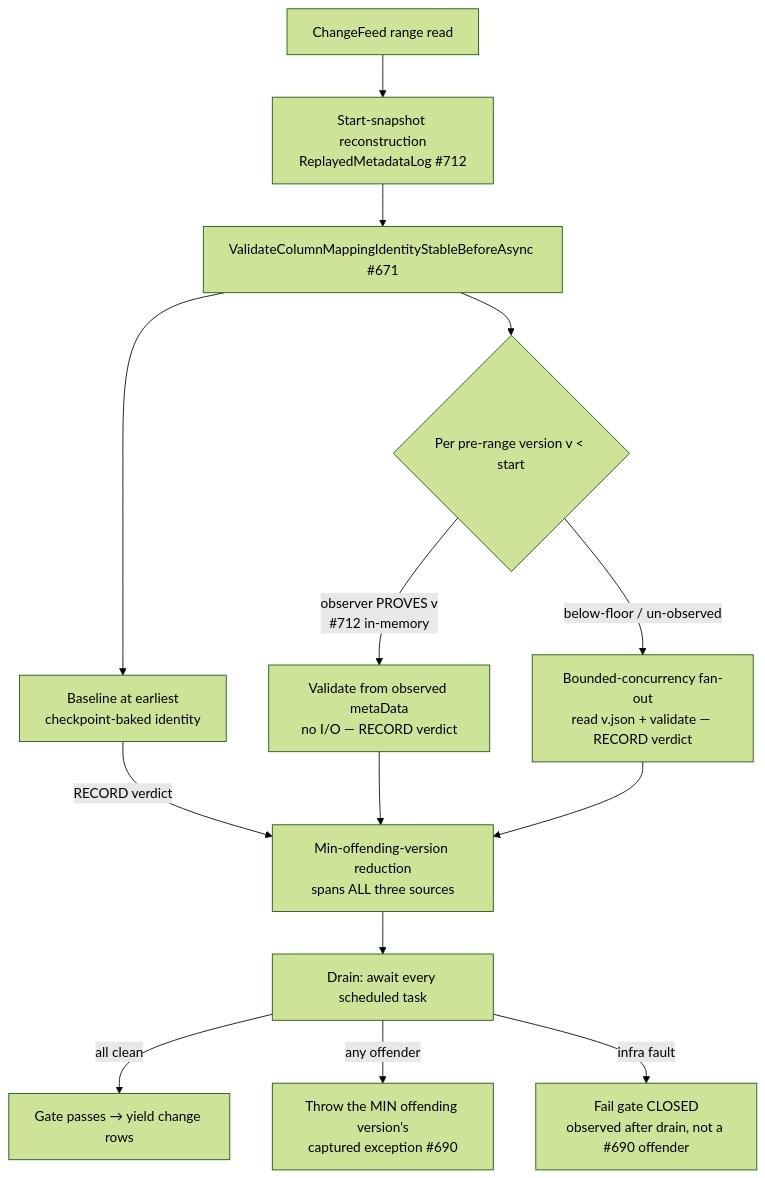
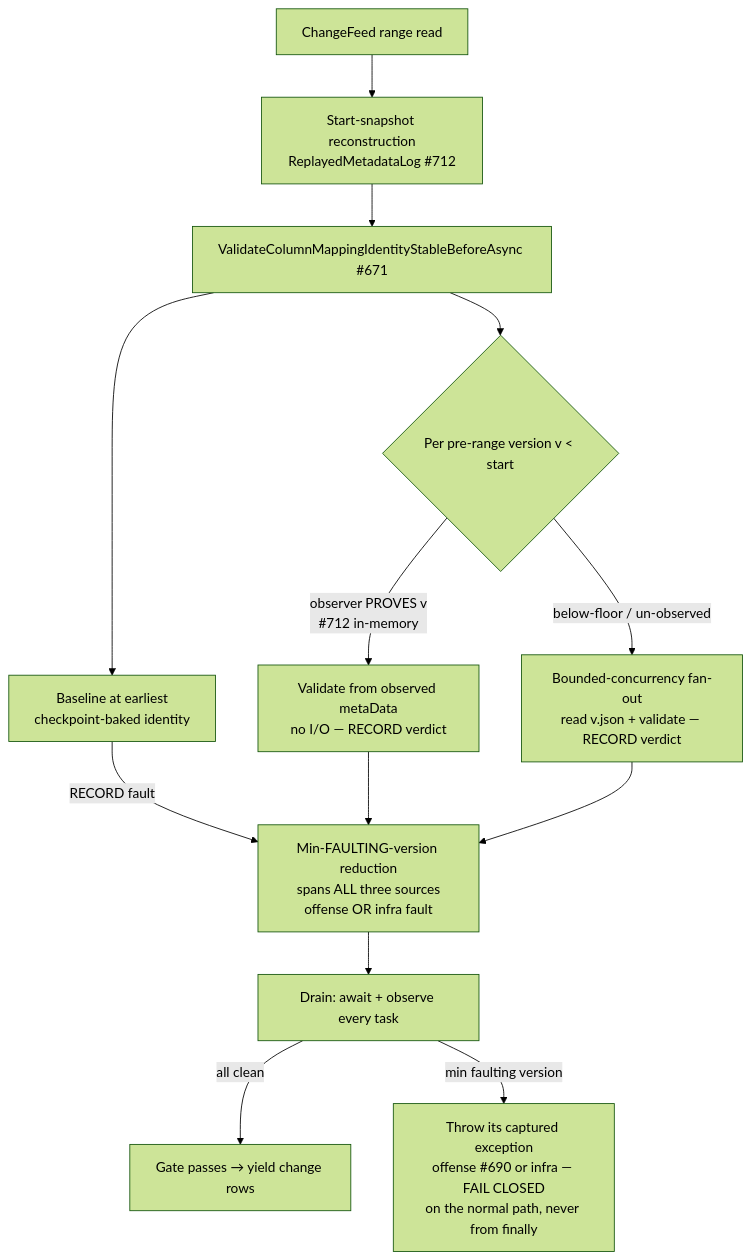
The first of 2 diagrams in docs/engineering/design/cdf-pre-range-scan-bounded-concurrency.md (khaines/deltasharp), drawn with Mermaid (forest theme) before and after one commit. The commit also changed other lines of this file, not shown here.

````diff
--- a/docs/engineering/design/cdf-pre-range-scan-bounded-concurrency.md
+++ b/docs/engineering/design/cdf-pre-range-scan-bounded-concurrency.md
@@ -54,16 +54,15 @@
 ```mermaid
 graph TD
     A[ChangeFeed range read] --> B[Start-snapshot reconstruction<br/>ReplayedMetadataLog #712]
     B --> C[ValidateColumnMappingIdentityStableBeforeAsync #671]
     C --> Bl[Baseline at earliest<br/>checkpoint-baked identity]
     C --> D{Per pre-range version v < start}
     D -->|observer PROVES v<br/>#712 in-memory| E[Validate from observed metaData<br/>no I/O — RECORD verdict]
     D -->|below-floor / un-observed| F[Bounded-concurrency fan-out<br/>read v.json + validate — RECORD verdict]
-    Bl -->|RECORD verdict| G[Min-offending-version reduction<br/>spans ALL three sources]
+    Bl -->|RECORD fault| G[Min-FAULTING-version reduction<br/>spans ALL three sources<br/>offense OR infra fault]
     E --> G
     F --> G
-    G --> Dr[Drain: await every scheduled task]
+    G --> Dr[Drain: await + observe every task]
     Dr -->|all clean| H[Gate passes → yield change rows]
-    Dr -->|any offender| I[Throw the MIN offending version's<br/>captured exception #690]
-    Dr -->|infra fault| J[Fail gate CLOSED<br/>observed after drain, not a #690 offender]
+    Dr -->|min faulting version| I[Throw its captured exception<br/>offense #690 or infra — FAIL CLOSED<br/>on the normal path, never from finally]
 ```
````
